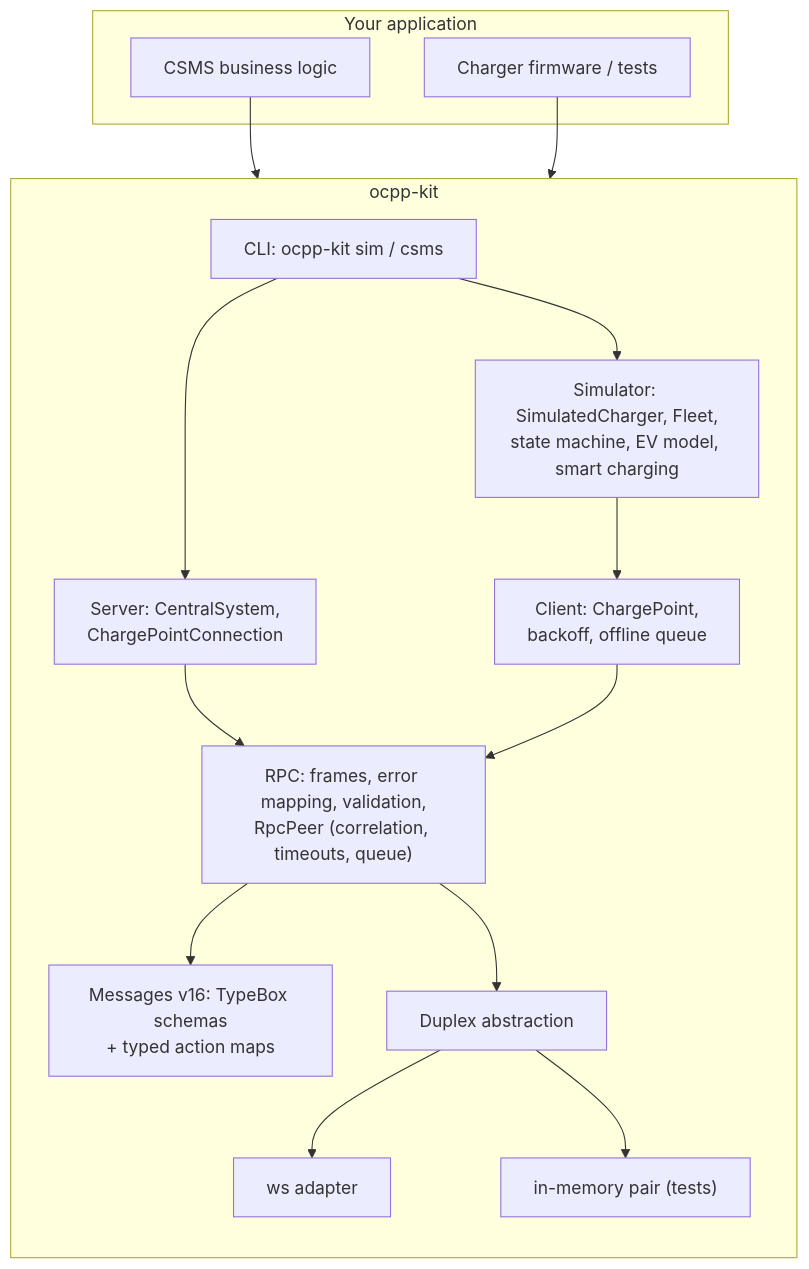
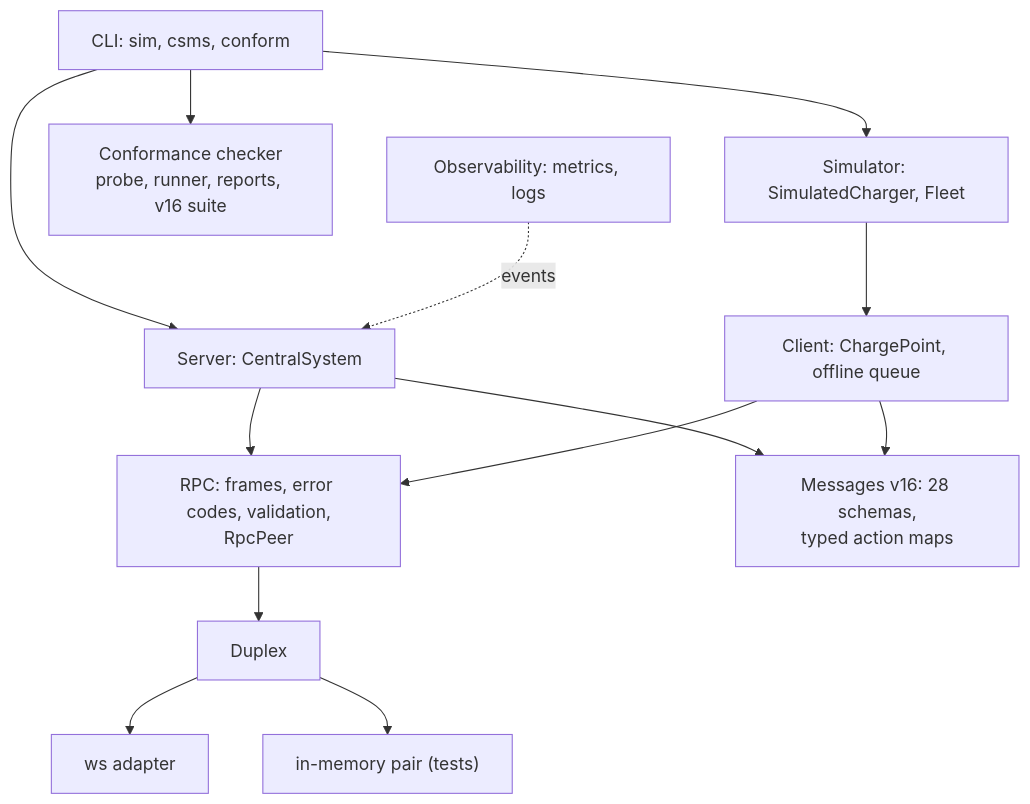
The first of 2 diagrams in README.md (houssammehdi/ocpp-kit), drawn with Mermaid before and after one commit. The commit also changed other lines of this file and 1 other file, not shown here.

First line of the commit message:
docs(readme): cover all 28 messages, TLS, conformance, metrics and benchmarks

````diff
--- a/README.md
+++ b/README.md
@@ -111,32 +126,12 @@
 ```mermaid
 flowchart TB
-  subgraph App["Your application"]
-    CSMSApp["CSMS business logic"]
-    CPApp["Charger firmware / tests"]
-  end
-
-  subgraph Kit["ocpp-kit"]
-    direction TB
-    CLI["CLI: ocpp-kit sim / csms"]
-    SIM["Simulator: SimulatedCharger, Fleet,<br/>state machine, EV model, smart charging"]
-    SRV["Server: CentralSystem,<br/>ChargePointConnection"]
-    CLT["Client: ChargePoint,<br/>backoff, offline queue"]
-    MSG["Messages v16: TypeBox schemas<br/>+ typed action maps"]
-    RPC["RPC: frames, error mapping, validation,<br/>RpcPeer (correlation, timeouts, queue)"]
-    DPX["Duplex abstraction"]
-    WS["ws adapter"]
-    MEM["in-memory pair (tests)"]
-  end
-
-  CSMSApp --> SRV
-  CPApp --> CLT
-  CLI --> SIM
-  CLI --> SRV
-  SIM --> CLT
-  SRV --> RPC
-  CLT --> RPC
-  RPC --> MSG
-  RPC --> DPX
-  DPX --> WS
-  DPX --> MEM
+  CLI["CLI: sim, csms, conform"] --> SIM & SRV & CONF
+  CONF["Conformance checker<br/>probe, runner, reports, v16 suite"]
+  SIM["Simulator: SimulatedCharger, Fleet"] --> CLT
+  OBS["Observability: metrics, logs"] -. events .-> SRV
+  SRV["Server: CentralSystem"] --> RPC
+  CLT["Client: ChargePoint, offline queue"] --> RPC
+  SRV & CLT --> MSG["Messages v16: 28 schemas,<br/>typed action maps"]
+  RPC["RPC: frames, error codes, validation,<br/>RpcPeer"] --> DPX["Duplex"]
+  DPX --> WS["ws adapter"] & MEM["in-memory pair (tests)"]
 ```
````
